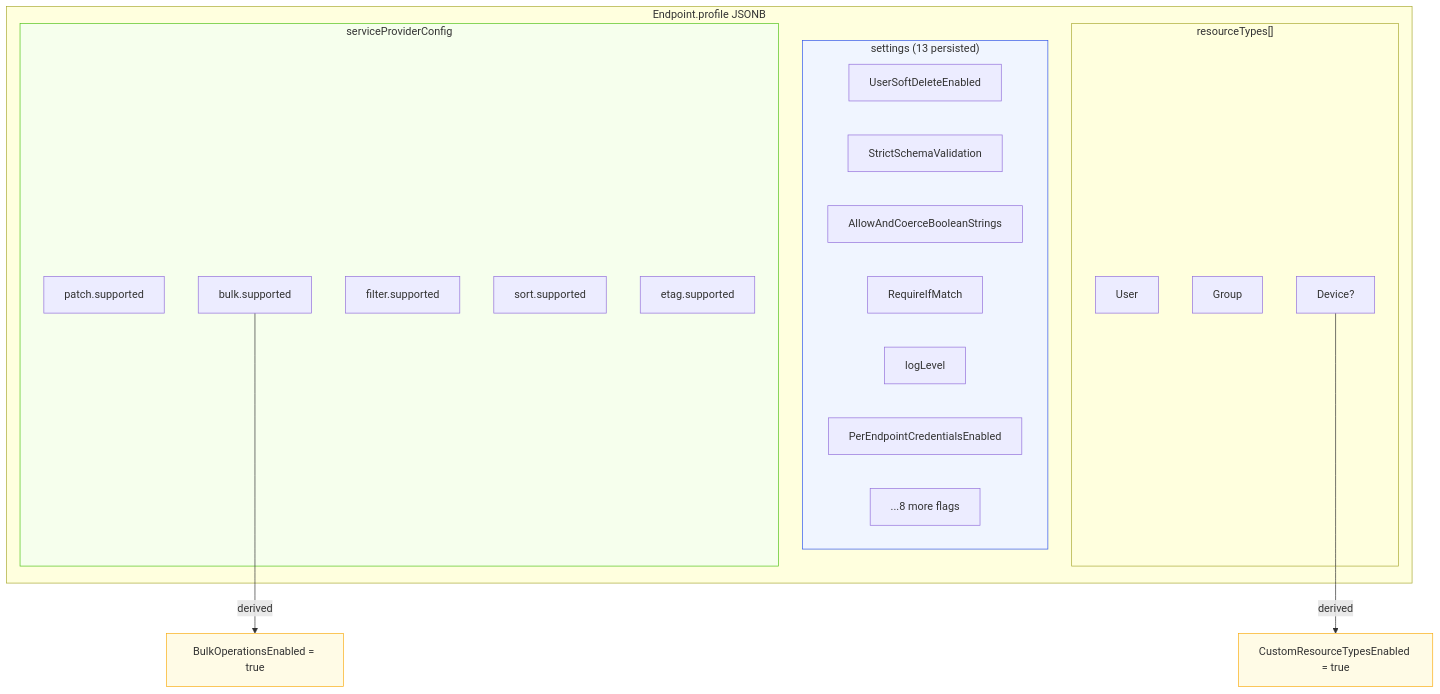
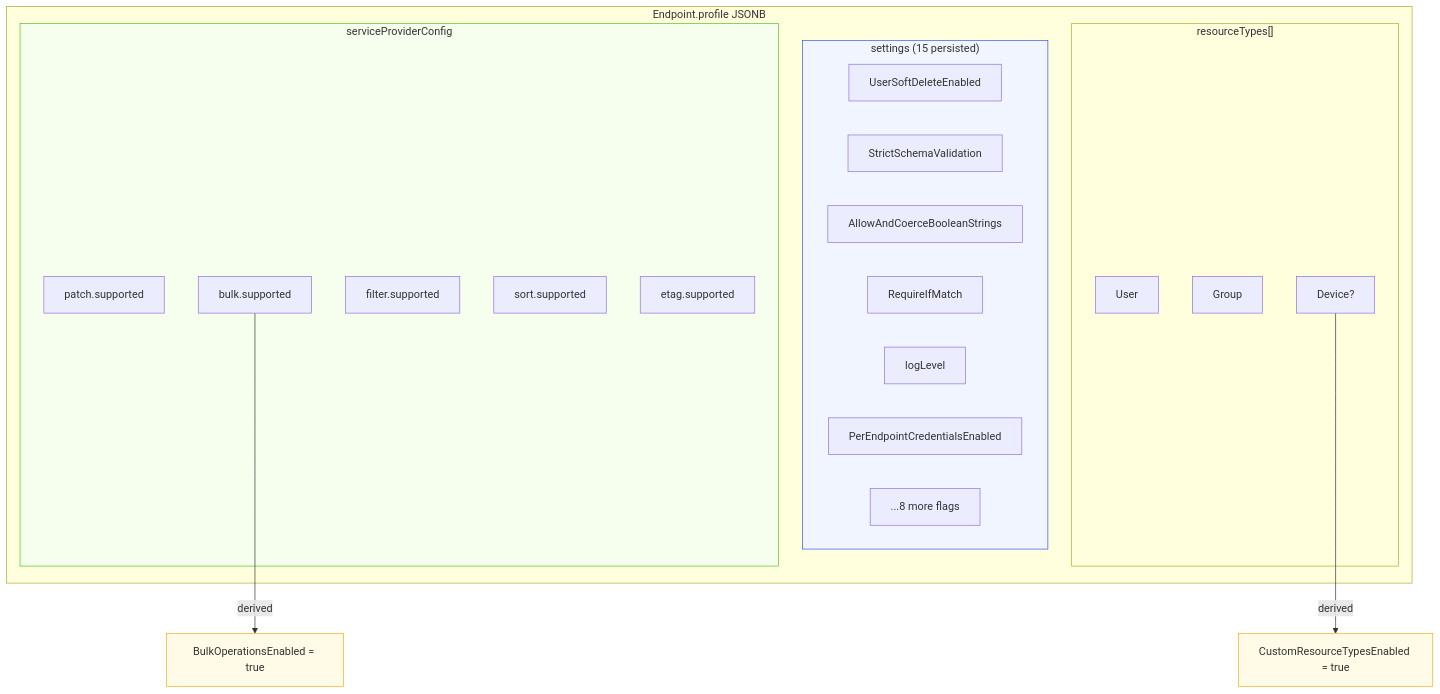
Before and after one commit to pranems/SCIMServer: diagram 15 of 20 in docs/SCHEMA_TEMPLATES_DESIGN.md, drawn with Mermaid. The commit also changed other lines of this file and 30 other files, not shown here.

````diff
--- a/docs/SCHEMA_TEMPLATES_DESIGN.md
+++ b/docs/SCHEMA_TEMPLATES_DESIGN.md
@@ -1292,34 +1292,34 @@
 ```mermaid
 flowchart TB
     subgraph ProfileJSONB["Endpoint.profile JSONB"]
         subgraph SPC["serviceProviderConfig"]
             PATCH_CAP["patch.supported"]
             BULK_CAP["bulk.supported"]
             FILTER_CAP["filter.supported"]
             SORT_CAP["sort.supported"]
             ETAG_CAP["etag.supported"]
         end
-        subgraph Settings["settings (13 persisted)"]
+        subgraph Settings["settings (15 persisted)"]
             SD["UserSoftDeleteEnabled"]
             SSV["StrictSchemaValidation"]
             ABC["AllowAndCoerceBooleanStrings"]
             RIM["RequireIfMatch"]
             LL["logLevel"]
             PEC["PerEndpointCredentialsEnabled"]
             OTHER["...8 more flags"]
         end
         subgraph RTypes["resourceTypes[]"]
             USER_RT["User"]
             GROUP_RT["Group"]
             CUSTOM_RT["Device?"]
         end
     end
 
     BULK_CAP -->|"derived"| BULK_ENABLED["BulkOperationsEnabled = true"]
     CUSTOM_RT -->|"derived"| CRT_ENABLED["CustomResourceTypesEnabled = true"]
 
     style BULK_ENABLED fill:#fffbe6,stroke:#faad14
     style CRT_ENABLED fill:#fffbe6,stroke:#faad14
     style Settings fill:#f0f5ff,stroke:#2f54eb
     style SPC fill:#f6ffed,stroke:#52c41a
 ```
````
